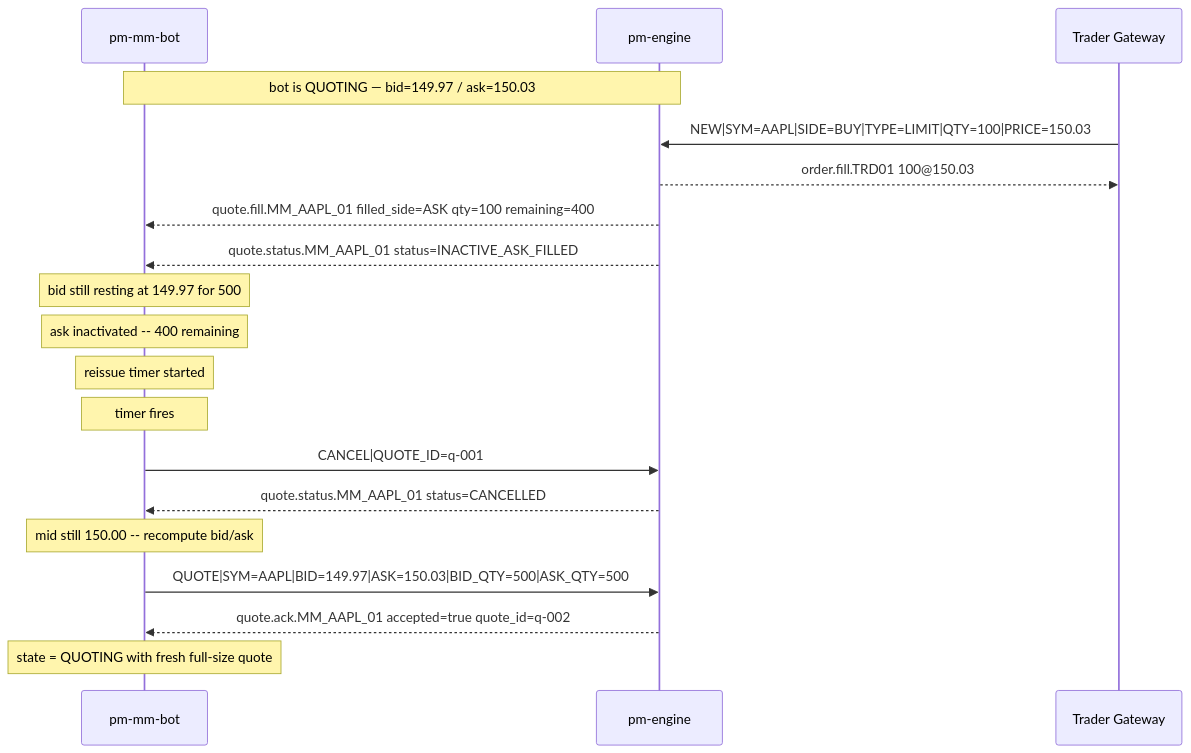
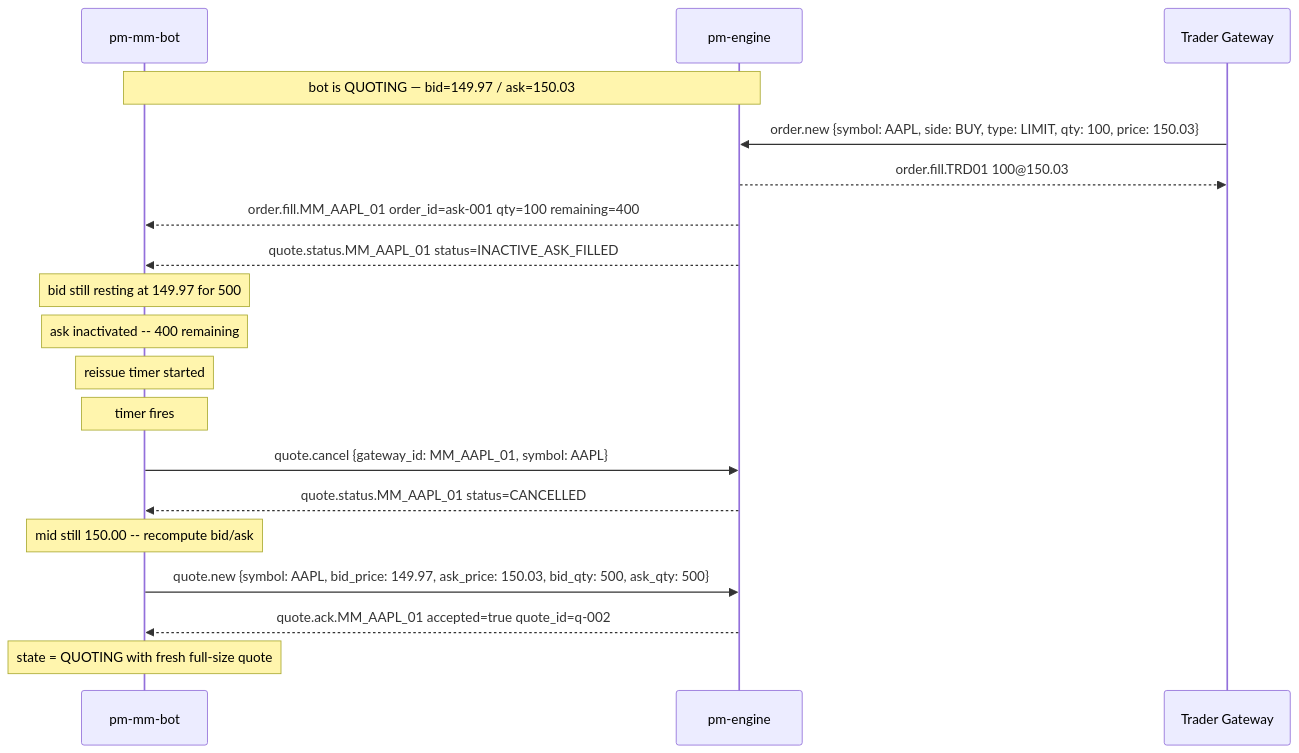
One commit to johan162/EduMatcher changed the fifth of 6 diagrams in docs-design/EduMatcher-MM-bots.md. Above: the diagram before and after it, drawn with Mermaid. The commit also changed other lines of this file and 2 other files, not shown here.

````diff
--- a/docs-design/EduMatcher-MM-bots.md
+++ b/docs-design/EduMatcher-MM-bots.md
@@ -690,22 +698,22 @@
 ```mermaid
 sequenceDiagram 
     participant B as pm-mm-bot
     participant E as pm-engine
     participant T as Trader Gateway
 
     Note over B,E: bot is QUOTING — bid=149.97 / ask=150.03
-    T->>E: NEW|SYM=AAPL|SIDE=BUY|TYPE=LIMIT|QTY=100|PRICE=150.03
+    T->>E: order.new {symbol: AAPL, side: BUY, type: LIMIT, qty: 100, price: 150.03}
     E-->>T: order.fill.TRD01 100@150.03
-    E-->>B: quote.fill.MM_AAPL_01 filled_side=ASK qty=100 remaining=400
+    E-->>B: order.fill.MM_AAPL_01 order_id=ask-001 qty=100 remaining=400
     E-->>B: quote.status.MM_AAPL_01 status=INACTIVE_ASK_FILLED
     Note over B: bid still resting at 149.97 for 500
     Note over B: ask inactivated -- 400 remaining
     Note over B: reissue timer started
     Note over B: timer fires
-    B->>E: CANCEL|QUOTE_ID=q-001
+    B->>E: quote.cancel {gateway_id: MM_AAPL_01, symbol: AAPL}
     E-->>B: quote.status.MM_AAPL_01 status=CANCELLED
     Note over B: mid still 150.00 -- recompute bid/ask
-    B->>E: QUOTE|SYM=AAPL|BID=149.97|ASK=150.03|BID_QTY=500|ASK_QTY=500
+    B->>E: quote.new {symbol: AAPL, bid_price: 149.97, ask_price: 150.03, bid_qty: 500, ask_qty: 500}
     E-->>B: quote.ack.MM_AAPL_01 accepted=true quote_id=q-002
     Note over B: state = QUOTING with fresh full-size quote
 ```
````
